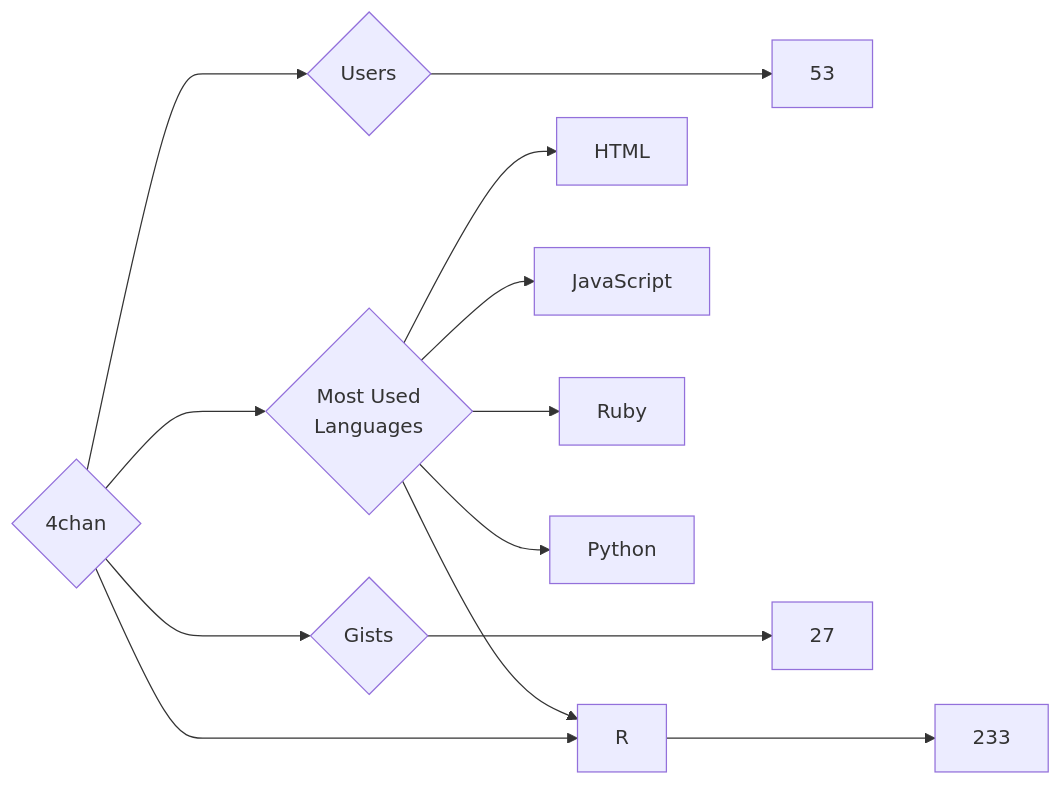
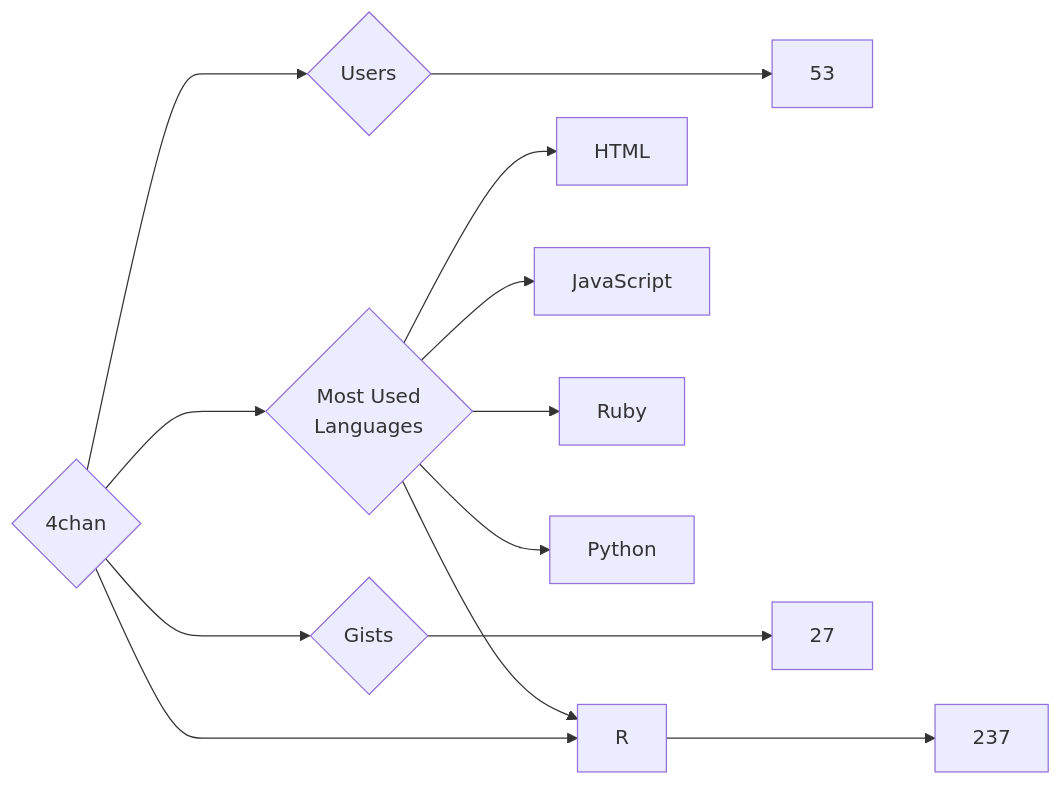
The diagram in targets/4chan/README.md (trickest/insiders), drawn with Mermaid before and after one commit. The commit also changed 1149 other files, not shown here.

````diff
--- a/targets/4chan/README.md
+++ b/targets/4chan/README.md
@@ -3,13 +3,13 @@
 ```mermaid
 graph LR
 COMPANY_NAME{4chan}
 COMPANY_NAME ---> U{Users} ---> UN[53]
-COMPANY_NAME ---> R{Repositories} ---> RN[233]
+COMPANY_NAME ---> R{Repositories} ---> RN[237]
 COMPANY_NAME ---> G{Gists} ---> GN[27]
 COMPANY_NAME ---> ML{Most Used<br>Languages}
 ML --> HTML[HTML]
 ML --> JavaScript[JavaScript]
 ML --> Ruby[Ruby]
 ML --> Python[Python]
 ML --> R[R]
 ```
````
